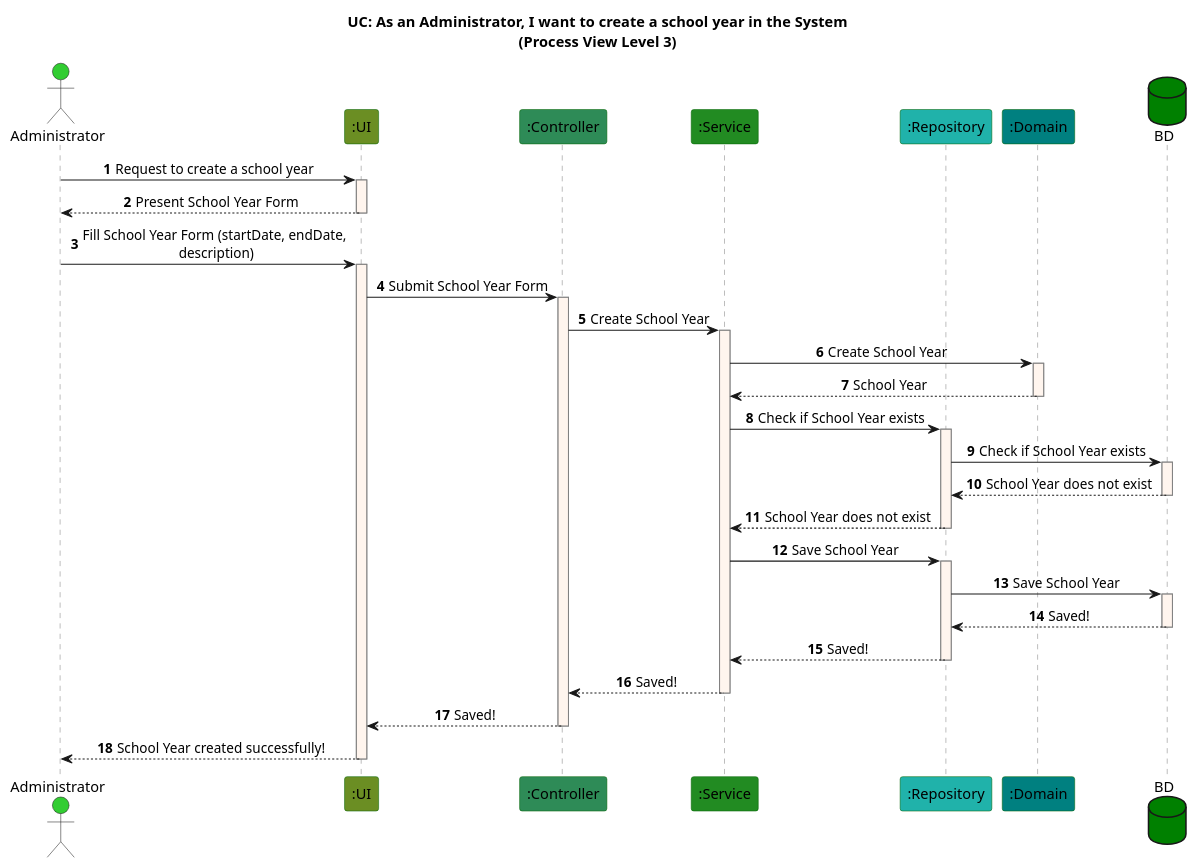
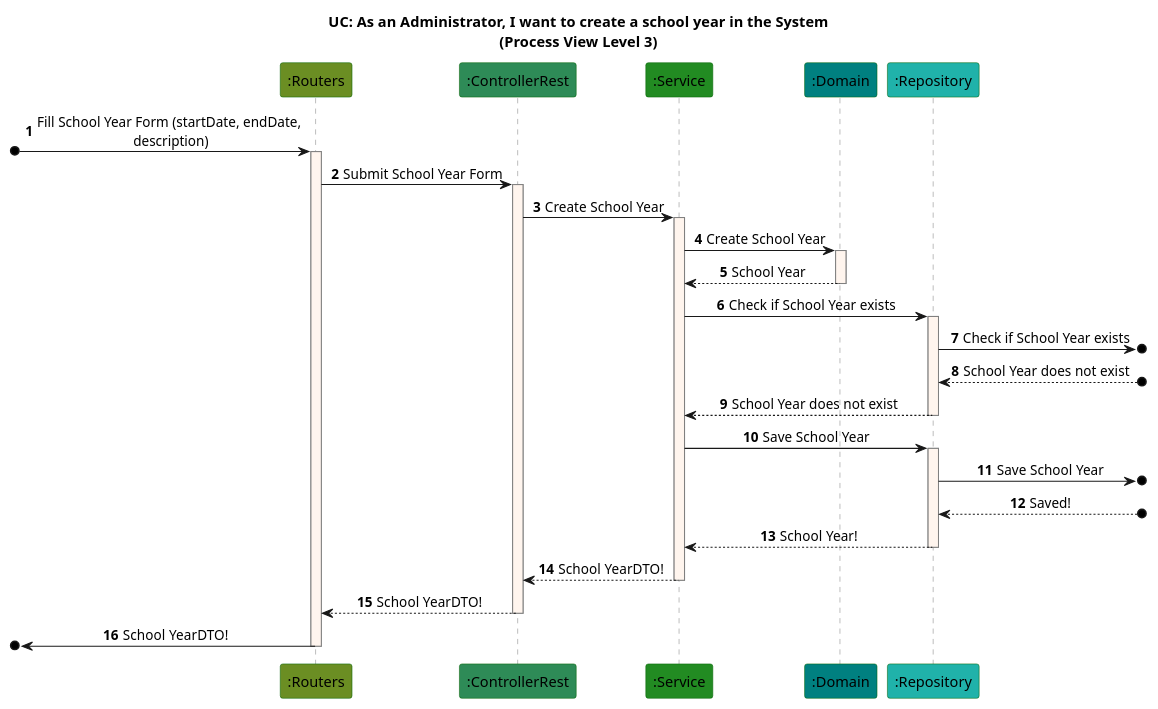
One commit to GasparISEP/DevOps-PAI changed the diagram in docs/US07/Sprint6/Process View/Level3.puml. Above: the diagram before and after it, drawn with PlantUML.

Commit message:
Updated Process View Level 3 for SchoolYearAggregate to focus on the backend. ref #519

```diff
--- a/docs/US07/Sprint6/Process View/Level3.puml
+++ b/docs/US07/Sprint6/Process View/Level3.puml
@@ -1,57 +1,51 @@
 @startuml
 
 autonumber
 skinparam {
   SequenceLifeLineBorderColor gray
   SequenceParticipantBorderColor darkgreen
   DefaultTextAlignment center
 }
 
 title UC: As an Administrator, I want to create a school year in the System\n(Process View Level 3)
 
-actor Administrator as Admin #limegreen
-participant ":UI" as UI #olivedrab
-participant ":Controller" as C #seagreen
+participant ":Routers" as Routers #olivedrab
+participant ":ControllerRest" as C #seagreen
 participant ":Service" as S #forestgreen
+participant ":Domain" as D #teal
 participant ":Repository" as R #lightseagreen
-participant ":Domain" as D #teal
-database BD #green
 
 
-Admin -> UI: Request to create a school year
-activate UI #seashell
-UI --> Admin: Present School Year Form
-deactivate UI #seashell
-Admin -> UI: Fill School Year Form (startDate, endDate,\n description)
-activate UI #seashell
-UI -> C: Submit School Year Form
+[o-> Routers: Fill School Year Form (startDate, endDate,\n description)
+activate Routers #seashell
+Routers -> C: Submit School Year Form
 activate C #seashell
 C -> S: Create School Year
 activate S #seashell
 S -> D: Create School Year
 activate D #seashell
 D --> S: School Year
 deactivate D #seashell
 S -> R: Check if School Year exists
 activate R #seashell
-R -> BD: Check if School Year exists
-activate BD #seashell
-BD --> R: School Year does not exist
-deactivate BD #seashell
+R ->o]: Check if School Year exists
+
+R<--o]: School Year does not exist
+
 R --> S: School Year does not exist
 deactivate R #seashell
 S -> R: Save School Year
 activate R #seashell
-R -> BD: Save School Year
-activate BD #seashell
-BD --> R: Saved!
-deactivate BD #seashell
-R --> S: Saved!
+R ->o]: Save School Year
+
+R<--o]: Saved!
+
+R --> S: School Year!
 deactivate R #seashell
-S --> C: Saved!
+S --> C: School YearDTO!
 deactivate S #seashell
-C --> UI: Saved!
+C --> Routers: School YearDTO!
 deactivate C #seashell
-UI --> Admin: School Year created successfully!
-deactivate UI #seashell
+[o<- Routers: School YearDTO!
+deactivate Routers #seashell
 @enduml
```
